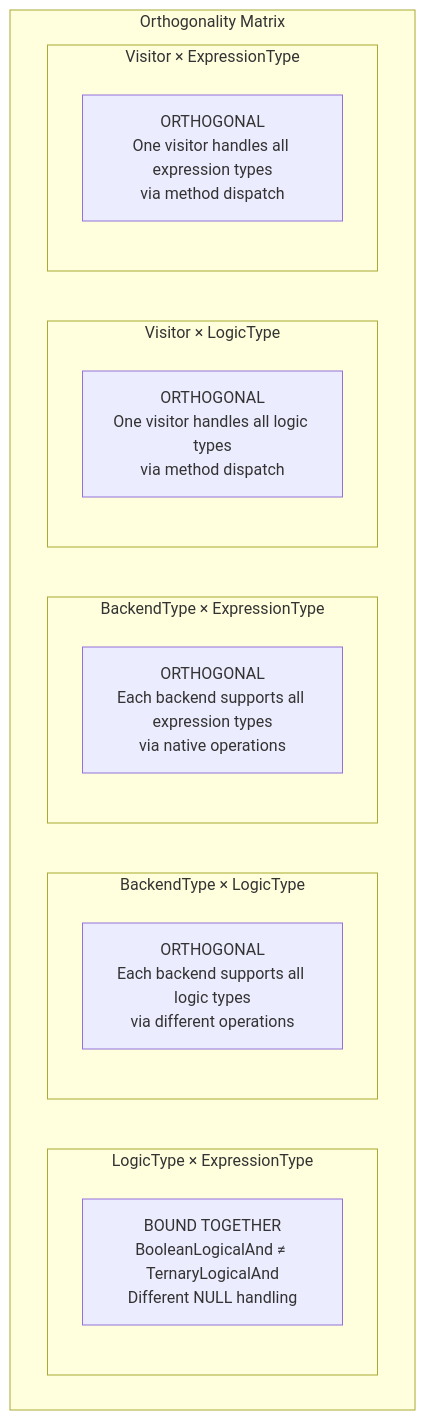
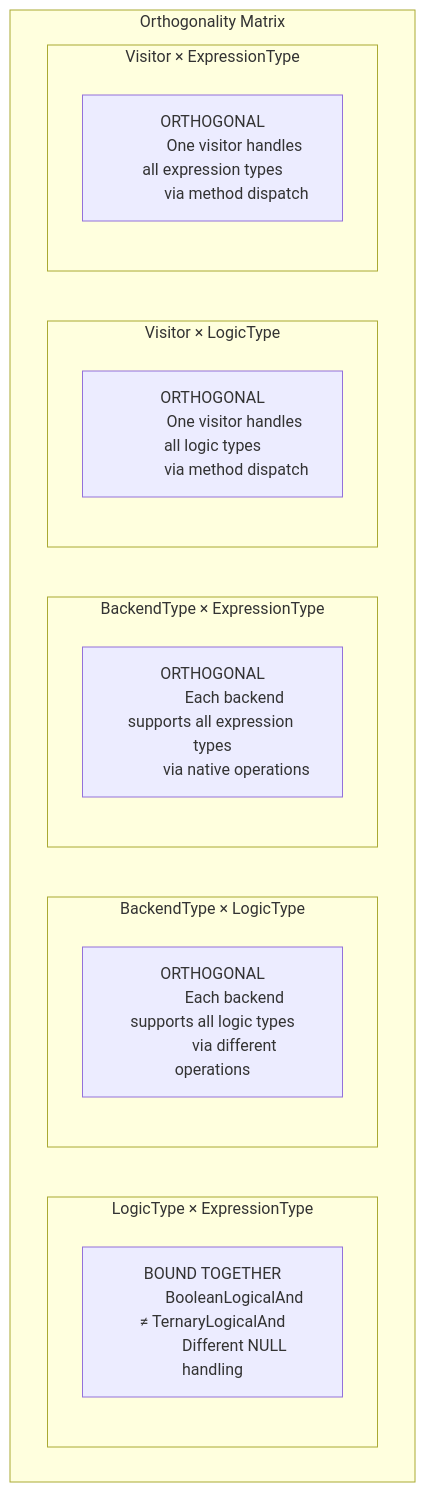
The third of 5 diagrams in docs/ExpressionSystemRefactoring/orthogonal_architecture_diagram.md (mountainash-io/mountainash), drawn with Mermaid before and after one commit. The commit also changed other lines of this file, not shown here.

Commit message:
orthogonal diagram fixes

````diff
--- a/docs/ExpressionSystemRefactoring/orthogonal_architecture_diagram.md
+++ b/docs/ExpressionSystemRefactoring/orthogonal_architecture_diagram.md
@@ -86,24 +108,34 @@
 ```mermaid
 graph TB
     subgraph "Orthogonality Matrix"
         subgraph "LogicType × ExpressionType"
-            LT_ET["BOUND TOGETHER<br/>BooleanLogicalAnd ≠ TernaryLogicalAnd<br/>Different NULL handling"]
+            LT_ET["BOUND TOGETHER
+            BooleanLogicalAnd ≠ TernaryLogicalAnd
+            Different NULL handling"]
         end
         
         subgraph "BackendType × LogicType"
-            BT_LT["ORTHOGONAL<br/>Each backend supports all logic types<br/>via different operations"]
+            BT_LT["ORTHOGONAL
+            Each backend supports all logic types
+            via different operations"]
         end
         
         subgraph "BackendType × ExpressionType"  
-            BT_ET["ORTHOGONAL<br/>Each backend supports all expression types<br/>via native operations"]
+            BT_ET["ORTHOGONAL
+            Each backend supports all expression types
+            via native operations"]
         end
         
         subgraph "Visitor × LogicType"
-            V_LT["ORTHOGONAL<br/>One visitor handles all logic types<br/>via method dispatch"]
+            V_LT["ORTHOGONAL
+            One visitor handles all logic types
+            via method dispatch"]
         end
         
         subgraph "Visitor × ExpressionType"
-            V_ET["ORTHOGONAL<br/>One visitor handles all expression types<br/>via method dispatch"]
+            V_ET["ORTHOGONAL
+            One visitor handles all expression types
+            via method dispatch"]
         end
     end
 ```
````
